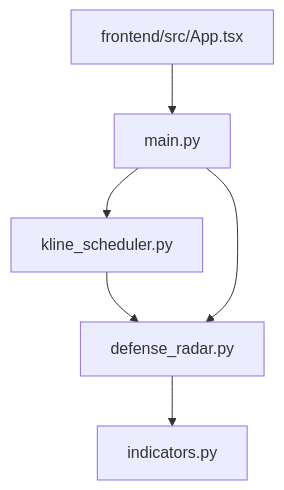
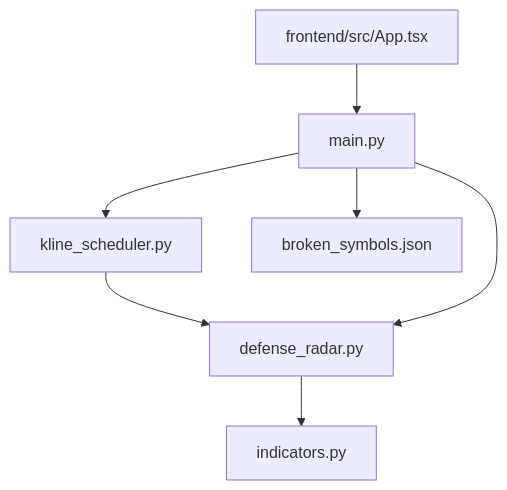
One commit to dexy1024/fin-analysis changed the seventh of 7 diagrams in .qoder/repowiki/zh/content/双防线雷达系统/双防线雷达系统.md. Above: the diagram before and after it, drawn with Mermaid. The commit also changed other lines of this file and 8 other files, not shown here.

````diff
--- a/.qoder/repowiki/zh/content/双防线雷达系统/双防线雷达系统.md
+++ b/.qoder/repowiki/zh/content/双防线雷达系统/双防线雷达系统.md
@@ -313,8 +360,9 @@
 ```mermaid
 graph TB
 DR["defense_radar.py"] --> IND["indicators.py"]
 SCHED["kline_scheduler.py"] --> DR
 MAIN["main.py"] --> DR
 MAIN --> SCHED
+MAIN --> BROKEN["broken_symbols.json"]
 FE["frontend/src/App.tsx"] --> MAIN
 ```
````
